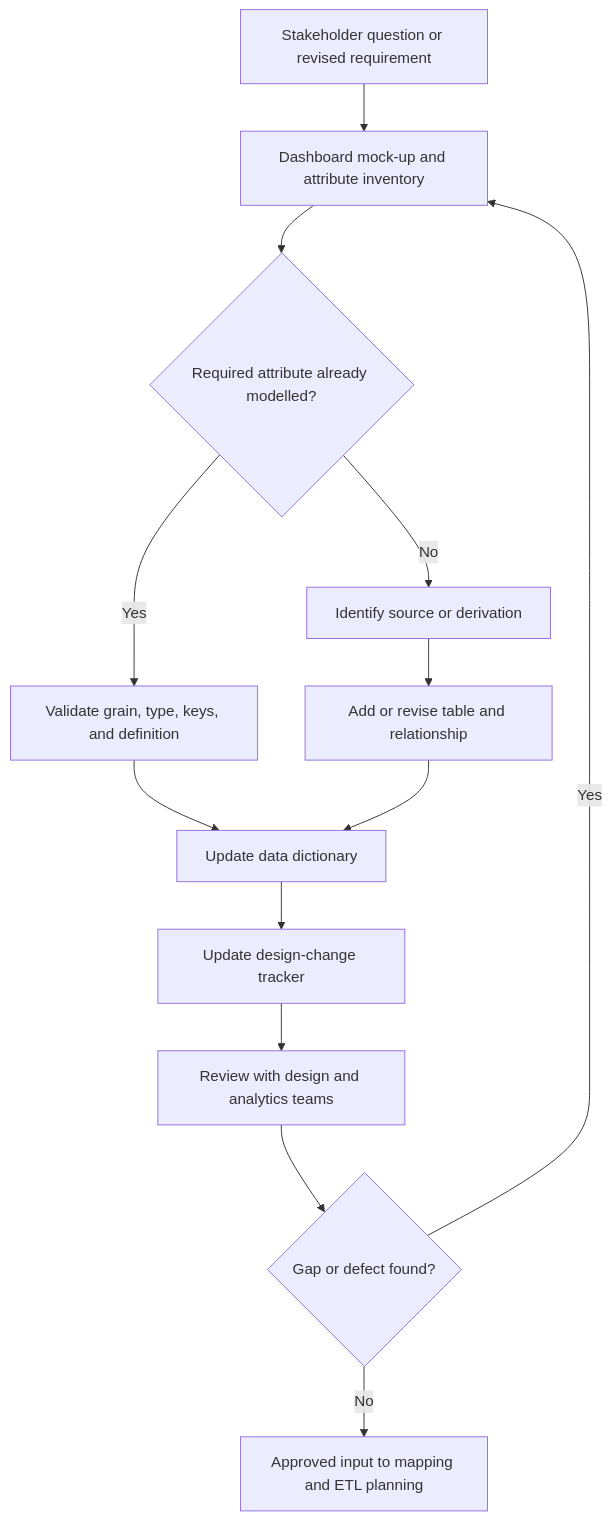
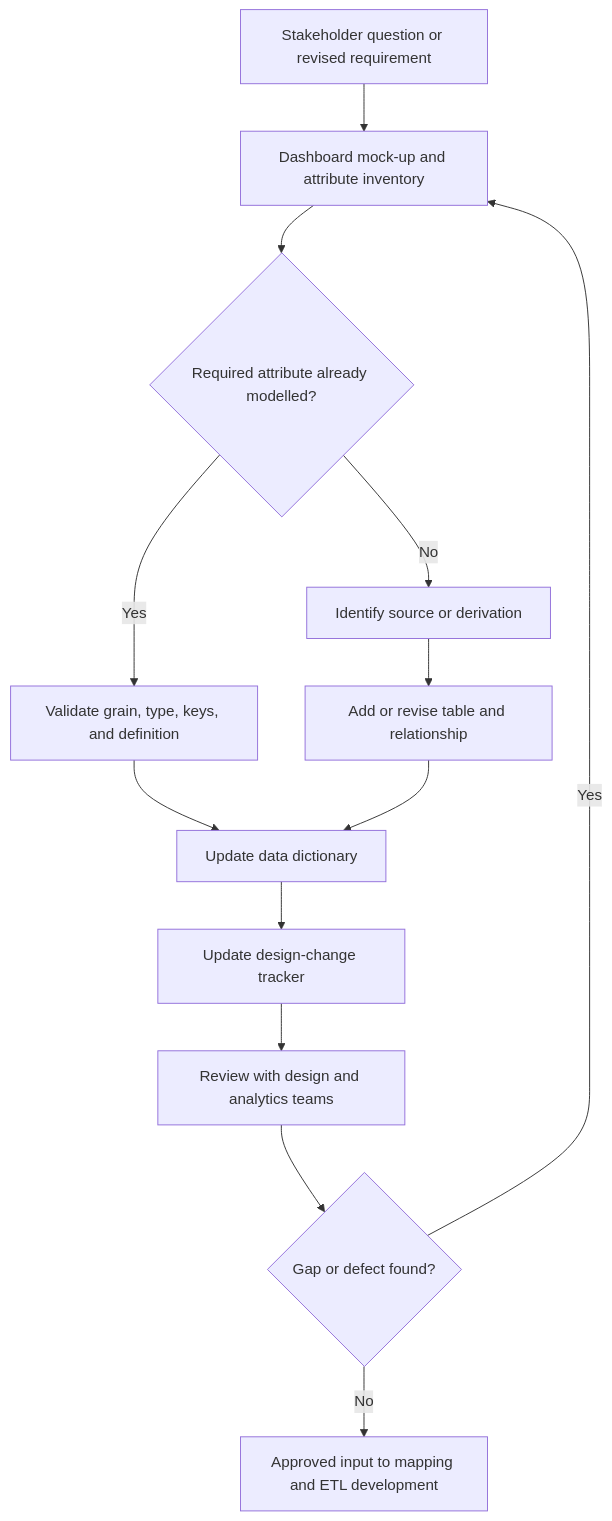
The second of 3 diagrams in case-studies/azendian-analytics-platform/README.md (jordecoder/work-samples), drawn with Mermaid before and after one commit. The commit also changed other lines of this file and 1 other file, not shown here.

First line of the commit message:
Azendian case study: reflect SQL ETL development

````diff
--- a/case-studies/azendian-analytics-platform/README.md
+++ b/case-studies/azendian-analytics-platform/README.md
@@ -126,15 +126,15 @@
 ```mermaid
 flowchart TD
     A[Stakeholder question or revised requirement] --> B[Dashboard mock-up and attribute inventory]
     B --> C{Required attribute already modelled?}
     C -- Yes --> D[Validate grain, type, keys, and definition]
     C -- No --> E[Identify source or derivation]
     E --> F[Add or revise table and relationship]
     D --> G[Update data dictionary]
     F --> G
     G --> H[Update design-change tracker]
     H --> I[Review with design and analytics teams]
     I --> J{Gap or defect found?}
     J -- Yes --> B
-    J -- No --> K[Approved input to mapping and ETL planning]
+    J -- No --> K[Approved input to mapping and ETL development]
 ```
````
